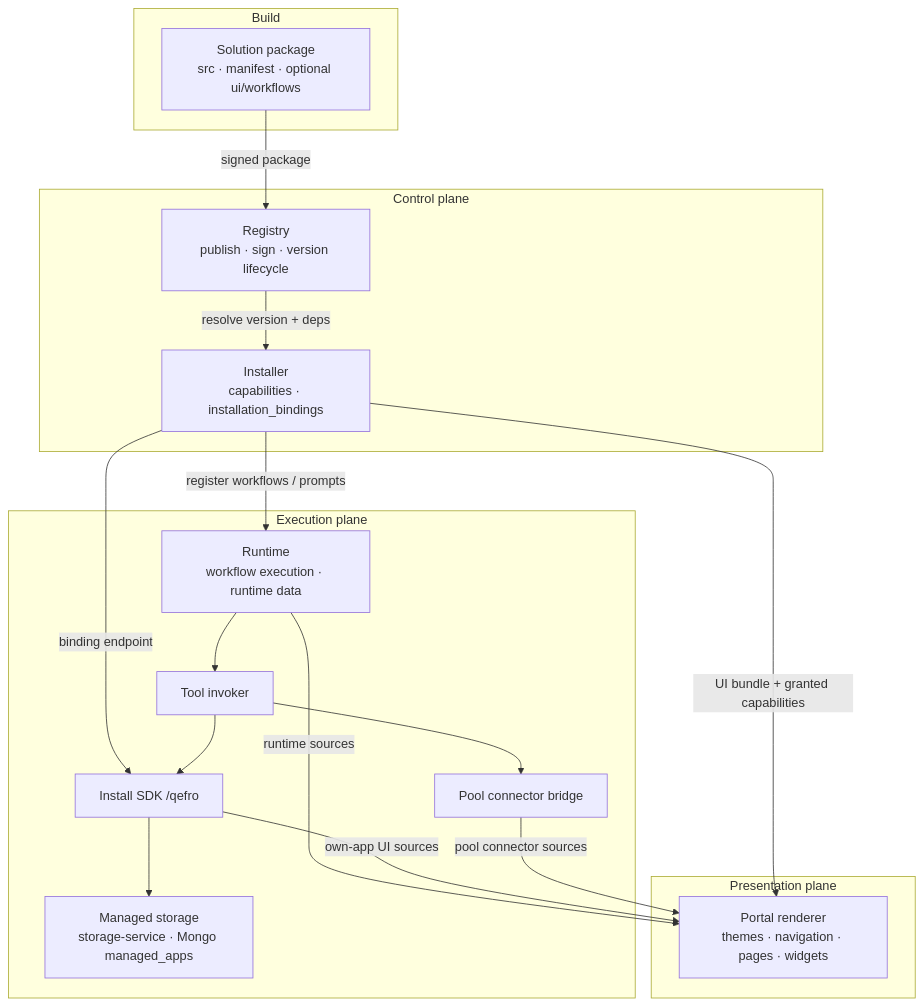
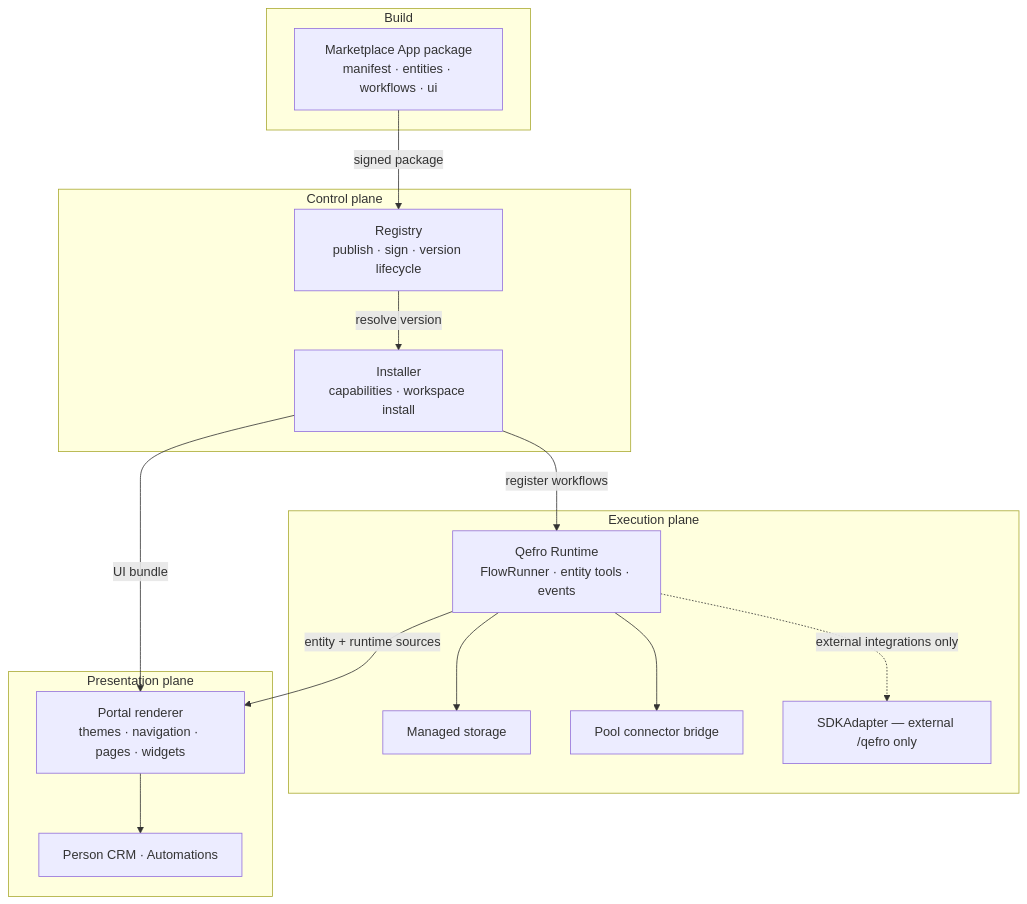
Before and after one commit to qefro-ai/qefro-documentation: the first of 3 diagrams in docs/solutions/architecture.md, drawn with Mermaid. The commit also changed other lines of this file and 48 other files, not shown here.

Commit message:
Document Marketplace Apps as runtime metadata, not SDK packages.

````diff
--- a/docs/solutions/architecture.md
+++ b/docs/solutions/architecture.md
@@ -43,32 +61,29 @@
 ```mermaid
 flowchart TB
     subgraph Build
-        A[Solution package<br/>src · manifest · optional ui/workflows]
+        A[Marketplace App package<br/>manifest · entities · workflows · ui]
     end
     subgraph Control plane
         B[Registry<br/>publish · sign · version lifecycle]
-        C[Installer<br/>capabilities · installation_bindings]
+        C[Installer<br/>capabilities · workspace install]
     end
     subgraph Execution plane
-        D[Runtime<br/>workflow execution · runtime data]
-        E[Tool invoker]
-        APP[Install SDK /qefro]
-        S[Managed storage<br/>storage-service · Mongo managed_apps]
+        D[Qefro Runtime<br/>FlowRunner · entity tools · events]
+        S[Managed storage]
         F[Pool connector bridge]
+        SDK[SDKAdapter — external /qefro only]
     end
     subgraph Presentation plane
         G[Portal renderer<br/>themes · navigation · pages · widgets]
+        CRM[Person CRM · Automations]
     end
     A -->|signed package| B
-    B -->|resolve version + deps| C
-    C -->|register workflows / prompts| D
-    C -->|binding endpoint| APP
-    D --> E
-    E --> APP
-    APP --> S
-    E --> F
-    C -->|UI bundle + granted capabilities| G
-    D -->|runtime sources| G
-    APP -->|own-app UI sources| G
-    F -->|pool connector sources| G
+    B -->|resolve version| C
+    C -->|register workflows| D
+    D --> S
+    D --> F
+    D -.->|external integrations only| SDK
+    C -->|UI bundle| G
+    D -->|entity + runtime sources| G
+    G --> CRM
 ```
````
